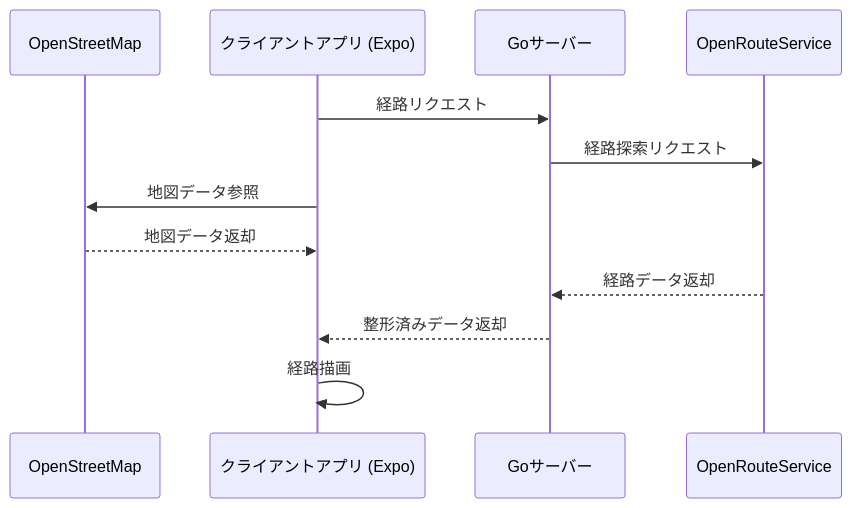
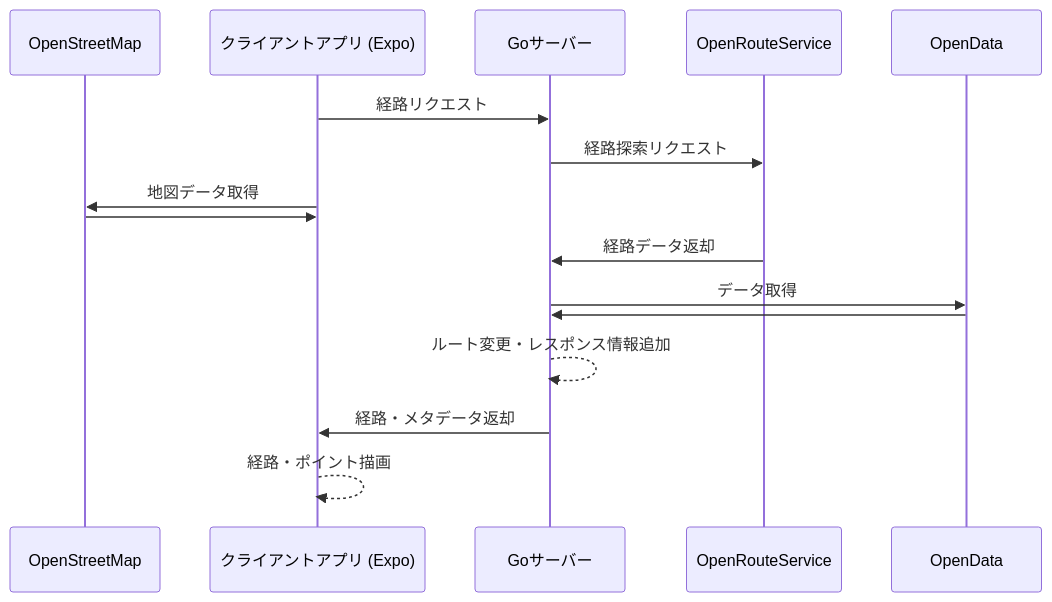
Before and after one commit to rowicy/charimachi: the second of 2 diagrams in README.md, drawn with Mermaid.

Commit message:
📃 docs: Fix sequenceDiagram

````diff
--- a/README.md
+++ b/README.md
@@ -121,16 +121,19 @@
 ```mermaid
 sequenceDiagram
-participant OSM as OpenStreetMap
+    participant OSM as OpenStreetMap
     participant Client as クライアントアプリ (Expo)
     participant Go as Goサーバー
     participant ORS as OpenRouteService
-    
+    participant OD as OpenData
 
     Client->>Go: 経路リクエスト
     Go->>ORS: 経路探索リクエスト
-    Client->>OSM: 地図データ参照
-    OSM-->>Client: 地図データ返却
-    ORS-->>Go: 経路データ返却
-    Go-->>Client: 整形済みデータ返却
-    Client->>Client: 経路描画
+    Client->>OSM: 地図データ取得
+    OSM->>Client: 
+    ORS->>Go: 経路データ返却
+    Go ->> OD: データ取得
+    OD ->>Go: 
+    Go -->> Go: ルート変更・レスポンス情報追加
+    Go->>Client: 経路・メタデータ返却
+    Client-->>Client: 経路・ポイント描画
 ```
````
